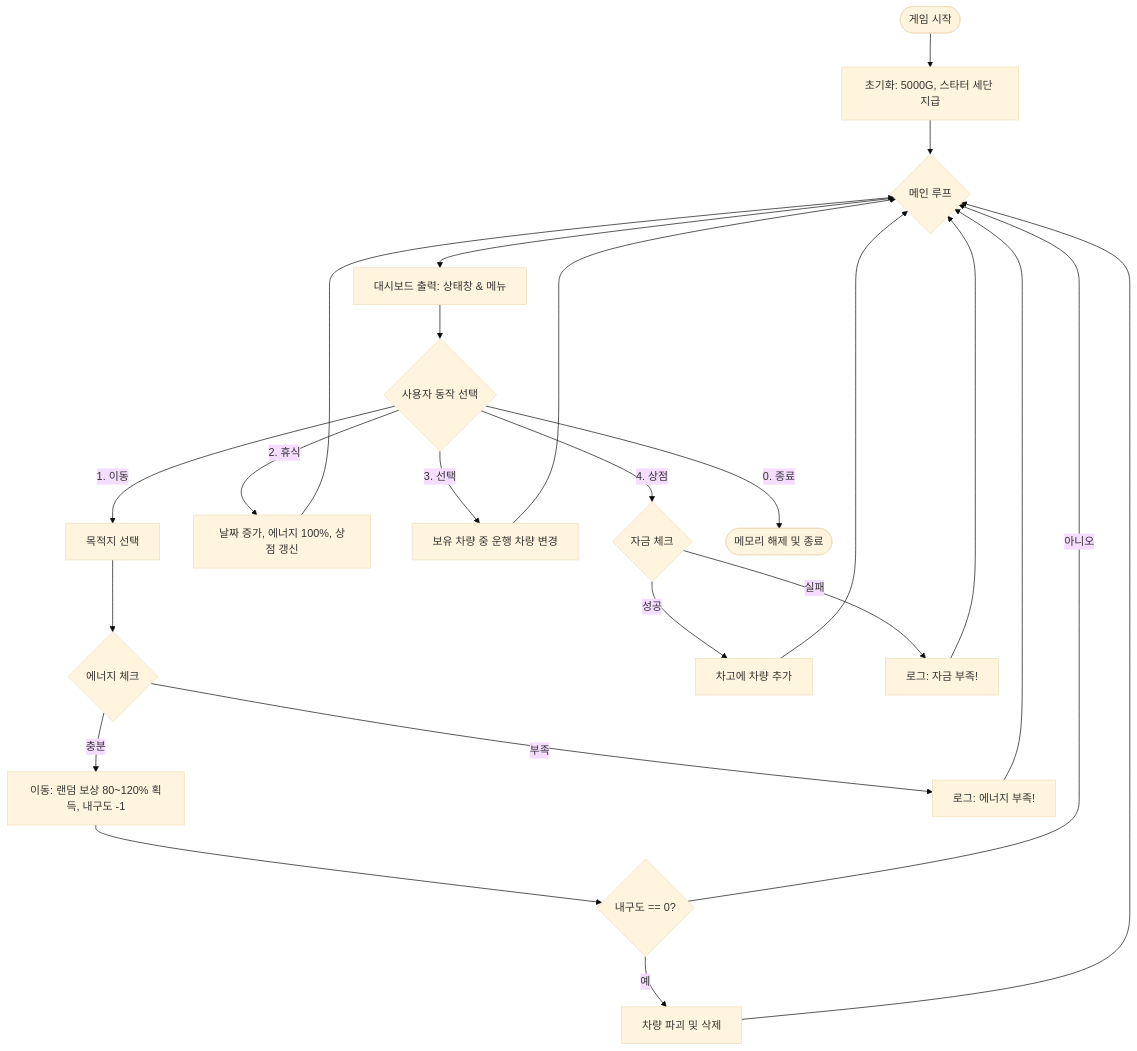
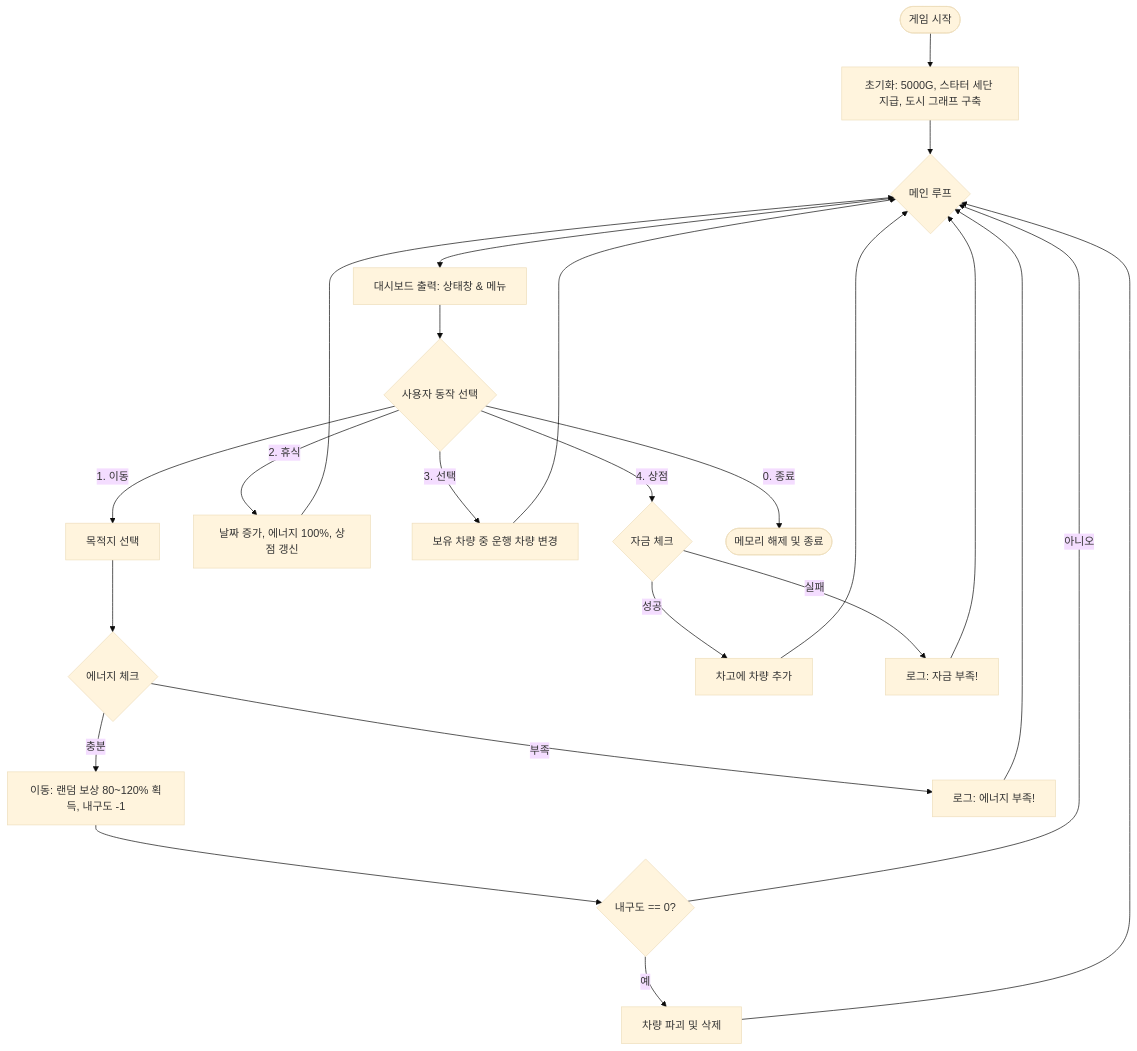
The second of 2 diagrams in PROJECT_PLAN.md (iamfreakin/PolyDrive), drawn with Mermaid (base theme) before and after one commit. The commit also changed other lines of this file and 13 other files, not shown here.

````diff
--- a/PROJECT_PLAN.md
+++ b/PROJECT_PLAN.md
@@ -78,24 +89,24 @@
 ```mermaid
 graph TD
-    Start([게임 시작]) --> Init[초기화: 5000G, 스타터 세단 지급]
+    Start([게임 시작]) --> Init[초기화: 5000G, 스타터 세단 지급, 도시 그래프 구축]
     Init --> Loop{메인 루프}
     
     Loop --> UI[대시보드 출력: 상태창 & 메뉴]
     UI --> Input{사용자 동작 선택}
     
     Input -- 1. 이동 --> Route[목적지 선택]
     Route --> Energy{에너지 체크}
     Energy -- 충분 --> Drive[이동: 랜덤 보상 80~120% 획득, 내구도 -1]
     Energy -- 부족 --> Log[로그: 에너지 부족!] --> Loop
     Drive --> Destroyed{내구도 == 0?}
     Destroyed -- 예 --> Scrap[차량 파괴 및 삭제] --> Loop
     Destroyed -- 아니오 --> Loop
 
     Input -- 2. 휴식 --> Refill[날짜 증가, 에너지 100%, 상점 갱신] --> Loop
     Input -- 3. 선택 --> Garage[보유 차량 중 운행 차량 변경] --> Loop
     Input -- 4. 상점 --> Buy{자금 체크}
     Buy -- 성공 --> AddGarage[차고에 차량 추가] --> Loop
     Buy -- 실패 --> Log2[로그: 자금 부족!] --> Loop
 
     Input -- 0. 종료 --> End([메모리 해제 및 종료])
 ```
````
